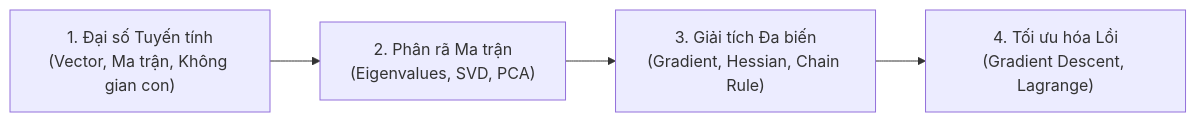
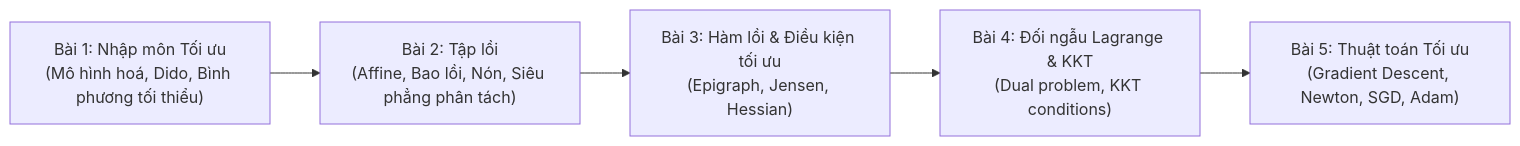
One commit to quancn12/Study_UET changed the diagram in docs/toan-cho-ai/index.md. Above: the diagram before and after it, drawn with Mermaid. The commit also changed other lines of this file and 20 other files, not shown here.

````diff
--- a/docs/toan-cho-ai/index.md
+++ b/docs/toan-cho-ai/index.md
@@ -9,6 +9,7 @@
 ```mermaid
 flowchart LR
-    A["1. Đại số Tuyến tính<br/>(Vector, Ma trận, Không gian con)"] --> B["2. Phân rã Ma trận<br/>(Eigenvalues, SVD, PCA)"]
-    B --> C["3. Giải tích Đa biến<br/>(Gradient, Hessian, Chain Rule)"]
-    C --> D["4. Tối ưu hóa Lồi<br/>(Gradient Descent, Lagrange)"]
+    A["Bài 1: Nhập môn Tối ưu<br/>(Mô hình hoá, Dido, Bình phương tối thiểu)"] --> B["Bài 2: Tập lồi<br/>(Affine, Bao lồi, Nón, Siêu phẳng phân tách)"]
+    B --> C["Bài 3: Hàm lồi & Điều kiện tối ưu<br/>(Epigraph, Jensen, Hessian)"]
+    C --> D["Bài 4: Đối ngẫu Lagrange & KKT<br/>(Dual problem, KKT conditions)"]
+    D --> E["Bài 5: Thuật toán Tối ưu<br/>(Gradient Descent, Newton, SGD, Adam)"]
 ```
````
